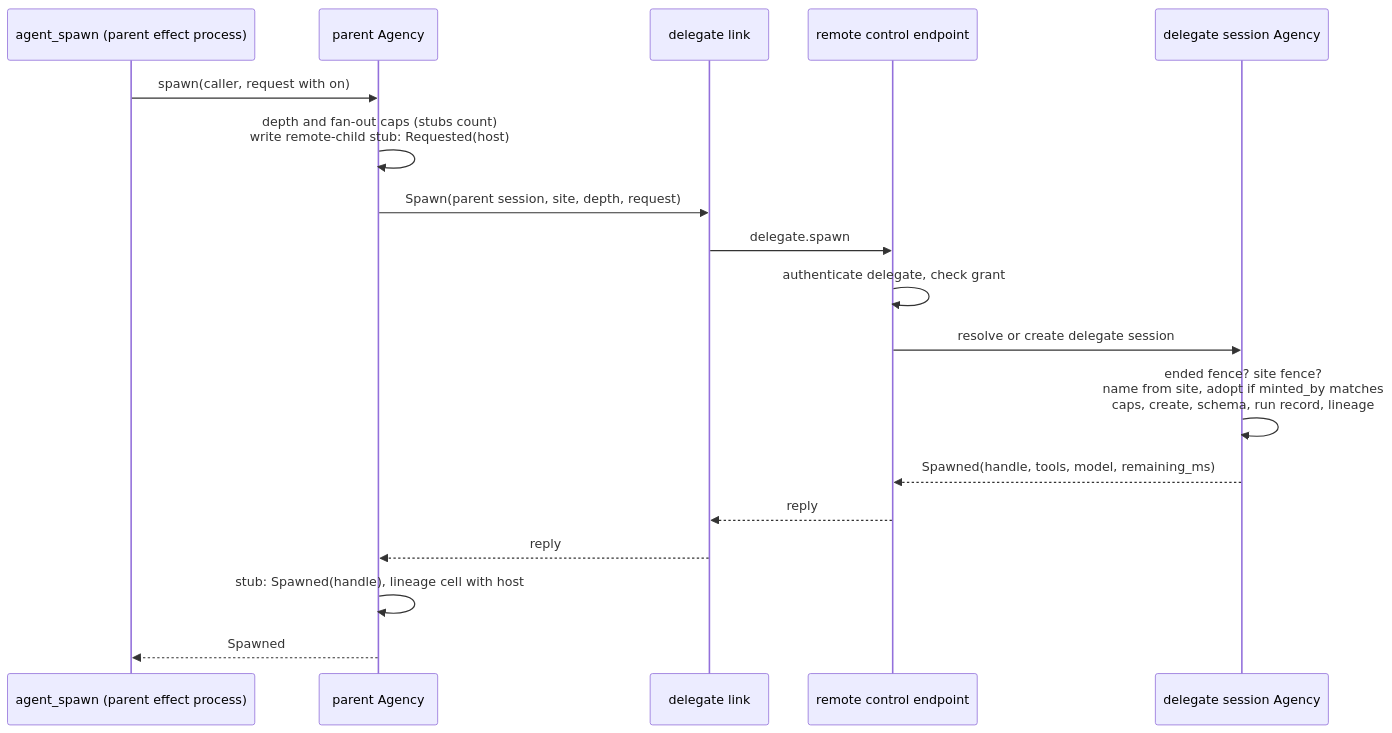
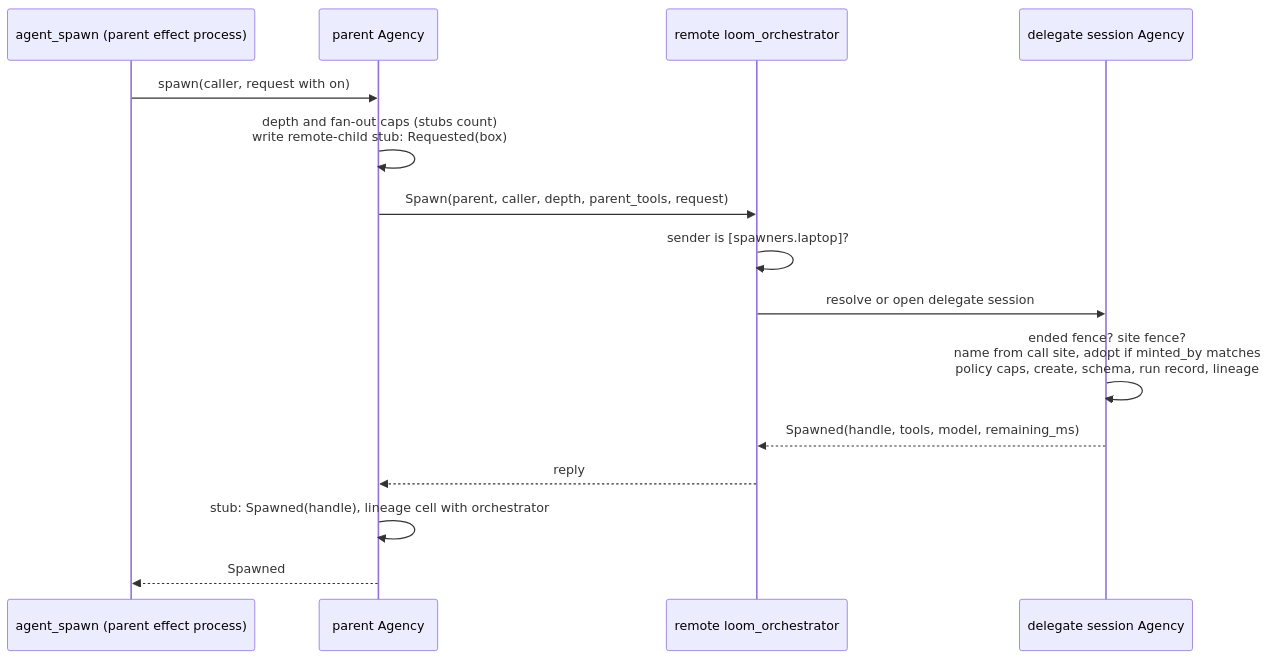
One commit to Roasbeef/loom changed the fourth of 5 diagrams in docs/design-notes/remote-subagents.md. Above: the diagram before and after it, drawn with Mermaid. The commit also changed other lines of this file and 1 other file, not shown here.

````diff
--- a/docs/design-notes/remote-subagents.md
+++ b/docs/design-notes/remote-subagents.md
@@ -382,20 +424,17 @@
 ```mermaid
 sequenceDiagram
     participant T as agent_spawn (parent effect process)
     participant P as parent Agency
-    participant L as delegate link
-    participant R as remote control endpoint
+    participant R as remote loom_orchestrator
     participant A as delegate session Agency
     T->>P: spawn(caller, request with on)
-    P->>P: depth and fan-out caps (stubs count)<br/>write remote-child stub: Requested(host)
-    P->>L: Spawn(parent session, site, depth, request)
-    L->>R: delegate.spawn
-    R->>R: authenticate delegate, check grant
-    R->>A: resolve or create delegate session
-    A->>A: ended fence? site fence?<br/>name from site, adopt if minted_by matches<br/>caps, create, schema, run record, lineage
+    P->>P: depth and fan-out caps (stubs count)<br/>write remote-child stub: Requested(box)
+    P->>R: Spawn(parent, caller, depth, parent_tools, request)
+    R->>R: sender is [spawners.laptop]?
+    R->>A: resolve or open delegate session
+    A->>A: ended fence? site fence?<br/>name from call site, adopt if minted_by matches<br/>policy caps, create, schema, run record, lineage
     A-->>R: Spawned(handle, tools, model, remaining_ms)
-    R-->>L: reply
-    L-->>P: reply
-    P->>P: stub: Spawned(handle), lineage cell with host
+    R-->>P: reply
+    P->>P: stub: Spawned(handle), lineage cell with orchestrator
     P-->>T: Spawned
 ```
````
